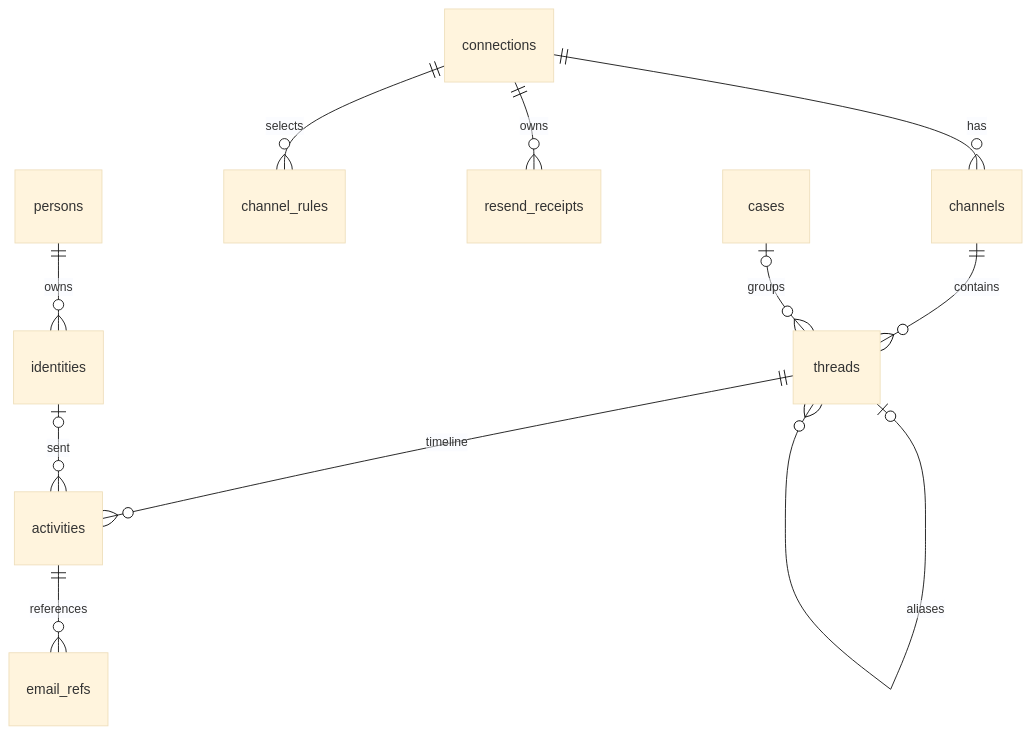
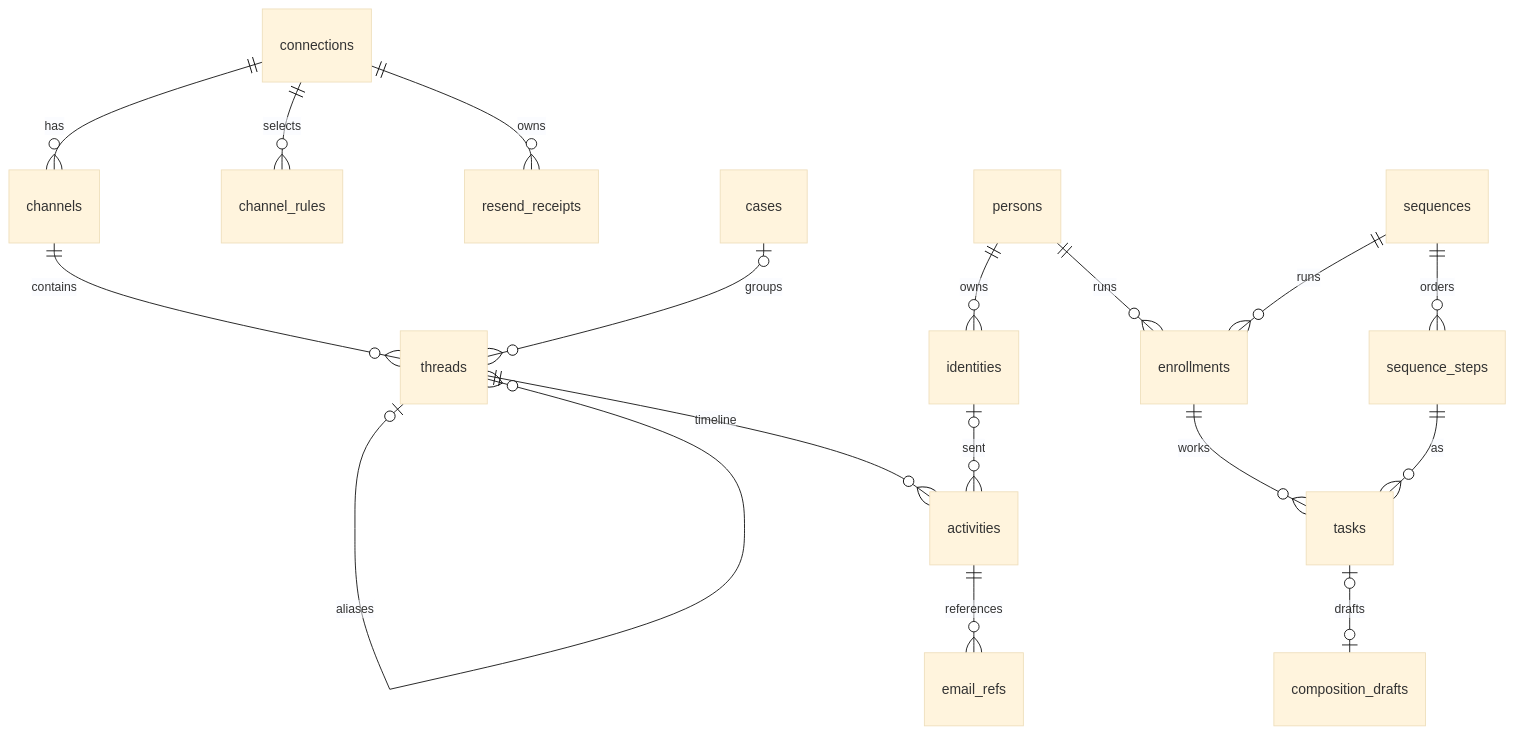
The second of 2 diagrams in docs/design/api-and-database.md (JMLegere/comms-terminal), drawn with Mermaid (base theme) before and after one commit. The commit also changed other lines of this file and 21 other files, not shown here.

First line of the commit message:
Sequences: Sequences, Steps, Enrollments, and Tasks in the console

````diff
--- a/docs/design/api-and-database.md
+++ b/docs/design/api-and-database.md
@@ -266,13 +278,19 @@
 ```mermaid
 erDiagram
   connections ||--o{ channels : has
   connections ||--o{ channel_rules : selects
   channels ||--o{ threads : contains
   threads ||--o{ activities : timeline
   threads |o--o{ threads : aliases
   activities ||--o{ email_refs : references
   connections ||--o{ resend_receipts : owns
   cases |o--o{ threads : groups
   persons ||--o{ identities : owns
   identities |o--o{ activities : sent
+  sequences ||--o{ sequence_steps : orders
+  persons ||--o{ enrollments : runs
+  sequences ||--o{ enrollments : runs
+  enrollments ||--o{ tasks : works
+  sequence_steps ||--o{ tasks : as
+  tasks |o--o| composition_drafts : drafts
 ```
````
